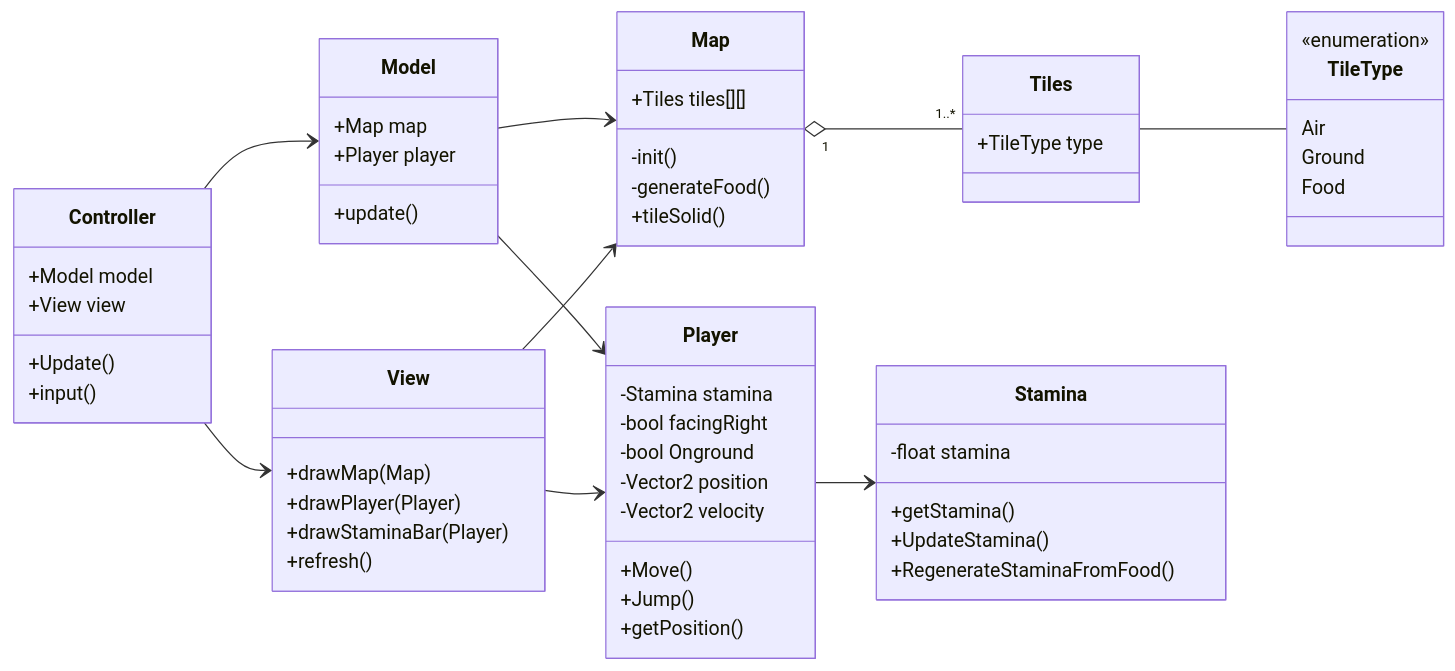
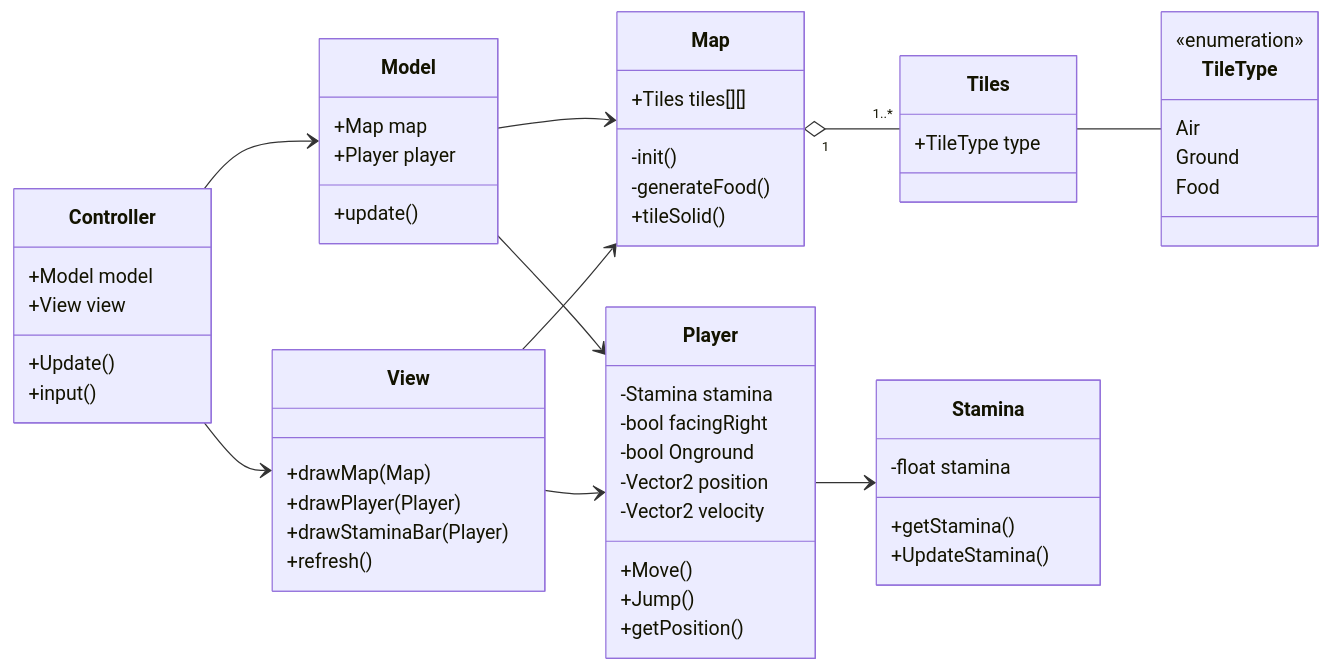
The second of 2 diagrams in docs/architecture-beta.md (jpach-cs/SE322MT_MINER), drawn with Mermaid before and after one commit. The commit also changed 1 other file, not shown here.

Commit message:
initial changes to stamina and adjustments for architecture

````diff
--- a/docs/architecture-beta.md
+++ b/docs/architecture-beta.md
@@ -27,62 +27,61 @@
 ```mermaid
 classDiagram
 direction LR
 Controller --> Model
 Controller --> View
 Model --> Map
 Model --> Player
 Map "1" o-- "1..*" Tiles
 Tiles -- TileType
 View --> Player
 Player --> Stamina
 View --> Map
 
 class Controller {
     +Model model
     +View view
     +Update()
     +input()
 }
 class Model {
     +Map map
     +Player player
     +update()
 }
 class View {
     +drawMap(Map)
     +drawPlayer(Player)
     +drawStaminaBar(Player)
     +refresh()
 }
 class Player {
     -Stamina stamina
     -bool facingRight
     -bool Onground
     -Vector2 position
     -Vector2 velocity
     +Move()
     +Jump()
     +getPosition()
 }
 class Stamina {
     -float stamina
     +getStamina()
     +UpdateStamina()
-    +RegenerateStaminaFromFood()
 }
 class Map {
     +Tiles tiles[][]
 
     -init()
     -generateFood()
     +tileSolid()
 }
 class Tiles {
     +TileType type
 }
 class TileType <<enumeration>> {
     Air
     Ground
     Food
 }
 ```
````
